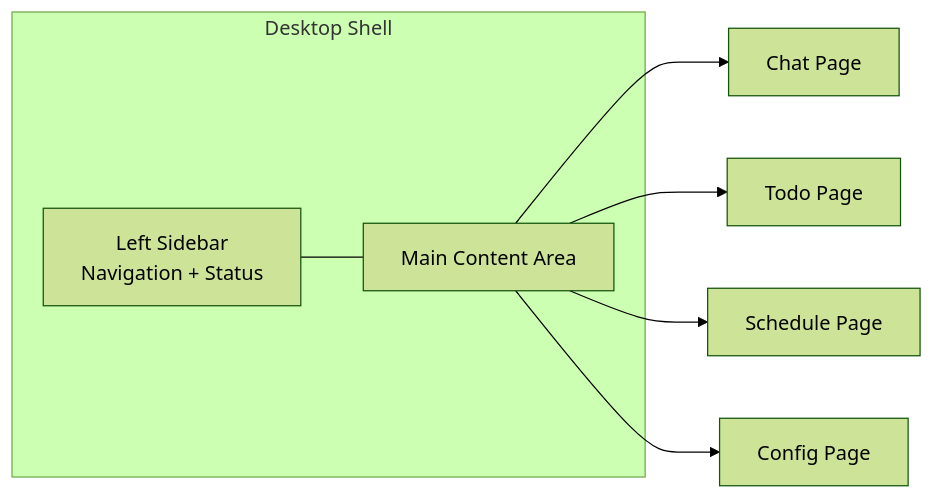
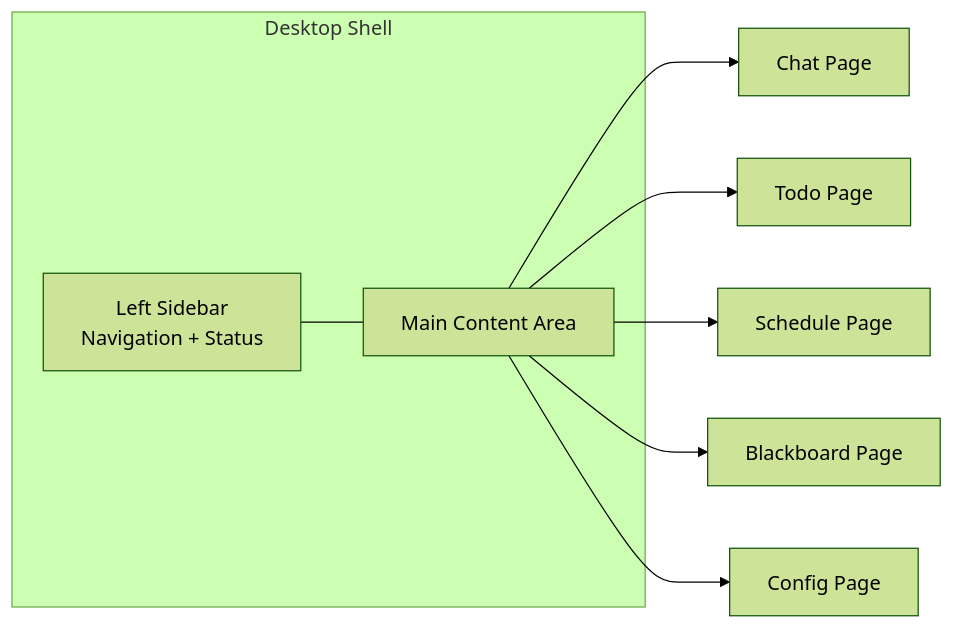
Before and after one commit to sustech-cs304/team-project-26spring-26s-29: the fourth of 9 diagrams in docs/presentation/design-26s-29.md, drawn with Mermaid (forest theme). The commit also changed other lines of this file and 6 other files, not shown here.

````diff
--- a/docs/presentation/design-26s-29.md
+++ b/docs/presentation/design-26s-29.md
@@ -135,13 +135,14 @@
 ```mermaid
 flowchart LR
     subgraph Shell[Desktop Shell]
       Sidebar[Left Sidebar\nNavigation + Status]
       MainArea[Main Content Area]
       Sidebar --- MainArea
     end
 
     MainArea --> ChatPage[Chat Page]
     MainArea --> TodoPage[Todo Page]
     MainArea --> SchedulePage[Schedule Page]
+    MainArea --> BlackboardPage[Blackboard Page]
     MainArea --> ConfigPage[Config Page]
 ```
````
